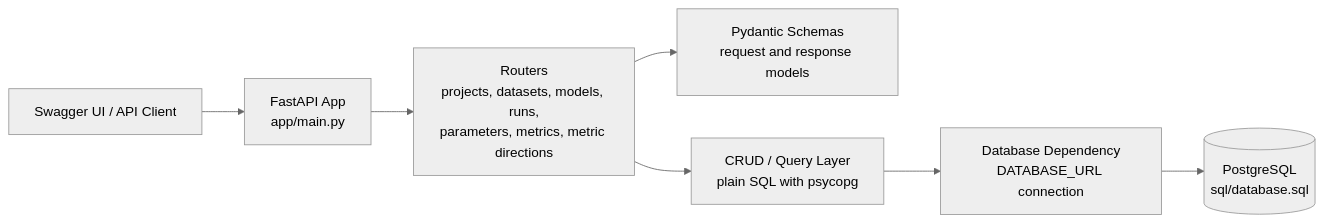
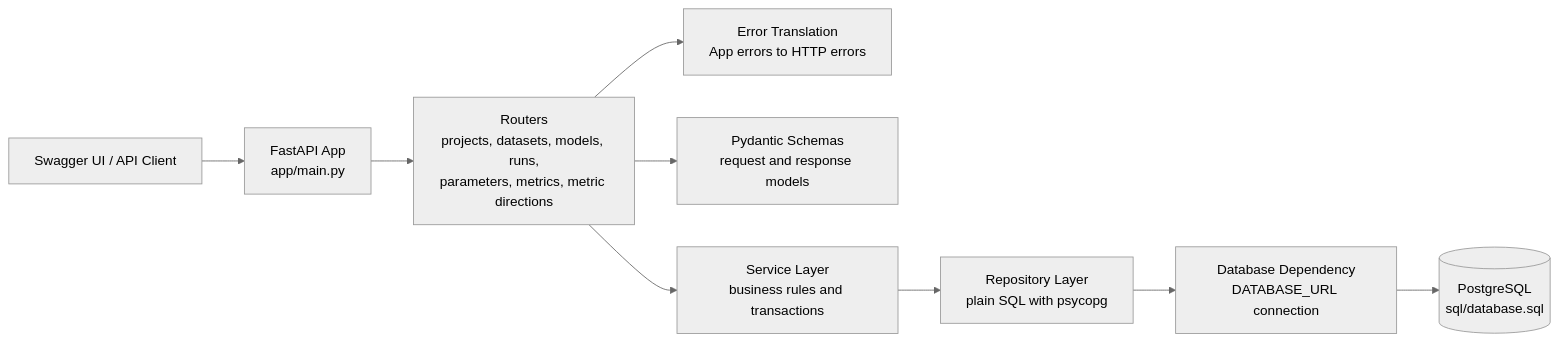
The first of 4 diagrams in README.md (S0ME2/SentineML), drawn with Mermaid (neutral theme) before and after one commit. The commit also changed other lines of this file and 46 other files, not shown here.

Commit message:
refactor(architecture): align project with clean architecture

````diff
--- a/README.md
+++ b/README.md
@@ -51,17 +51,21 @@
 ```mermaid
 flowchart LR
     client["Swagger UI / API Client"]
     app["FastAPI App<br/>app/main.py"]
     routers["Routers<br/>projects, datasets, models, runs,<br/>parameters, metrics, metric directions"]
+    handlers["Error Translation<br/>App errors to HTTP errors"]
     schemas["Pydantic Schemas<br/>request and response models"]
-    crud["CRUD / Query Layer<br/>plain SQL with psycopg"]
+    services["Service Layer<br/>business rules and transactions"]
+    repos["Repository Layer<br/>plain SQL with psycopg"]
     dbconn["Database Dependency<br/>DATABASE_URL connection"]
     postgres[("PostgreSQL<br/>sql/database.sql")]
 
     client --> app
     app --> routers
+    routers --> handlers
     routers --> schemas
-    routers --> crud
-    crud --> dbconn
+    routers --> services
+    services --> repos
+    repos --> dbconn
     dbconn --> postgres
 ```
````
